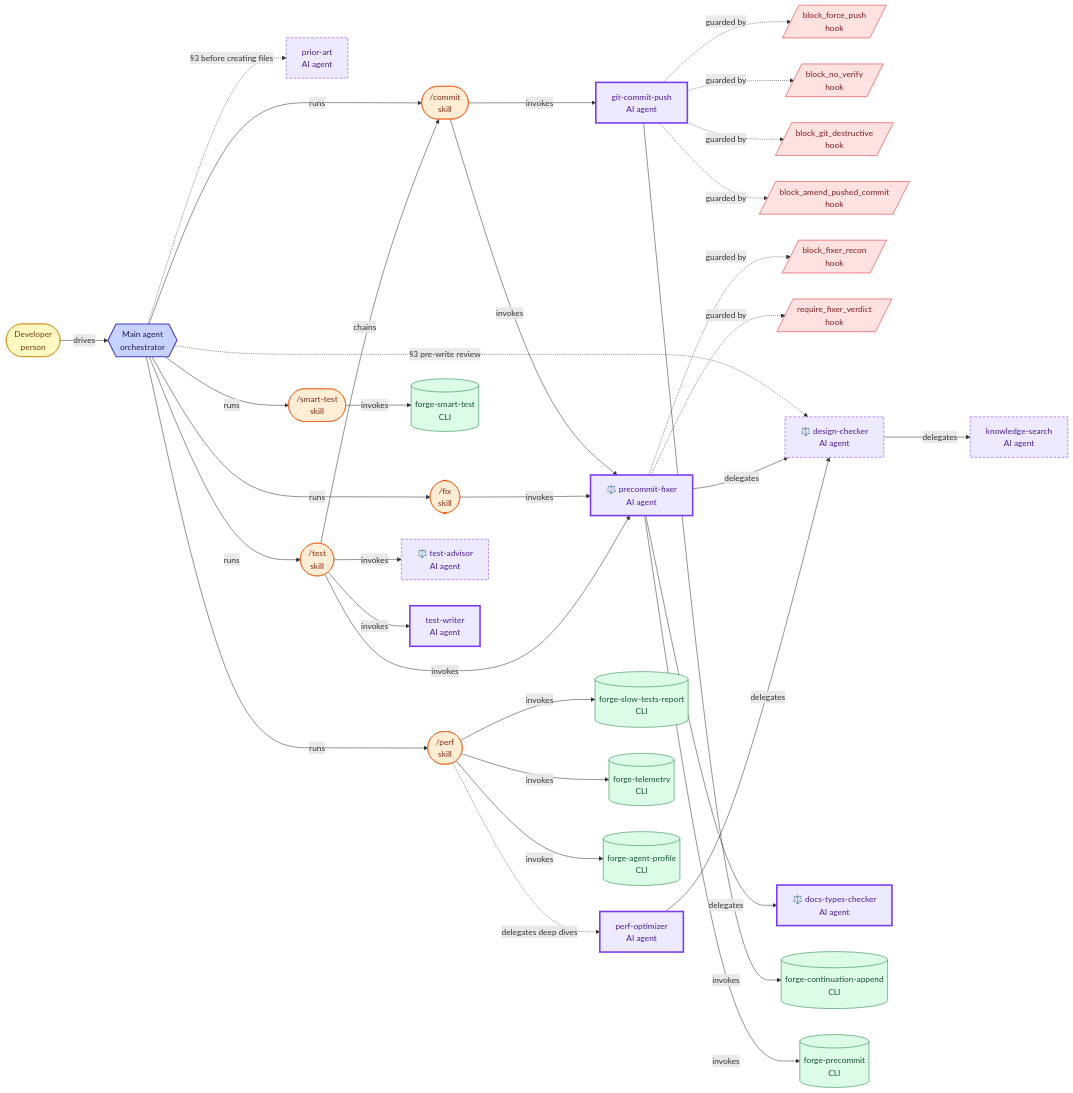
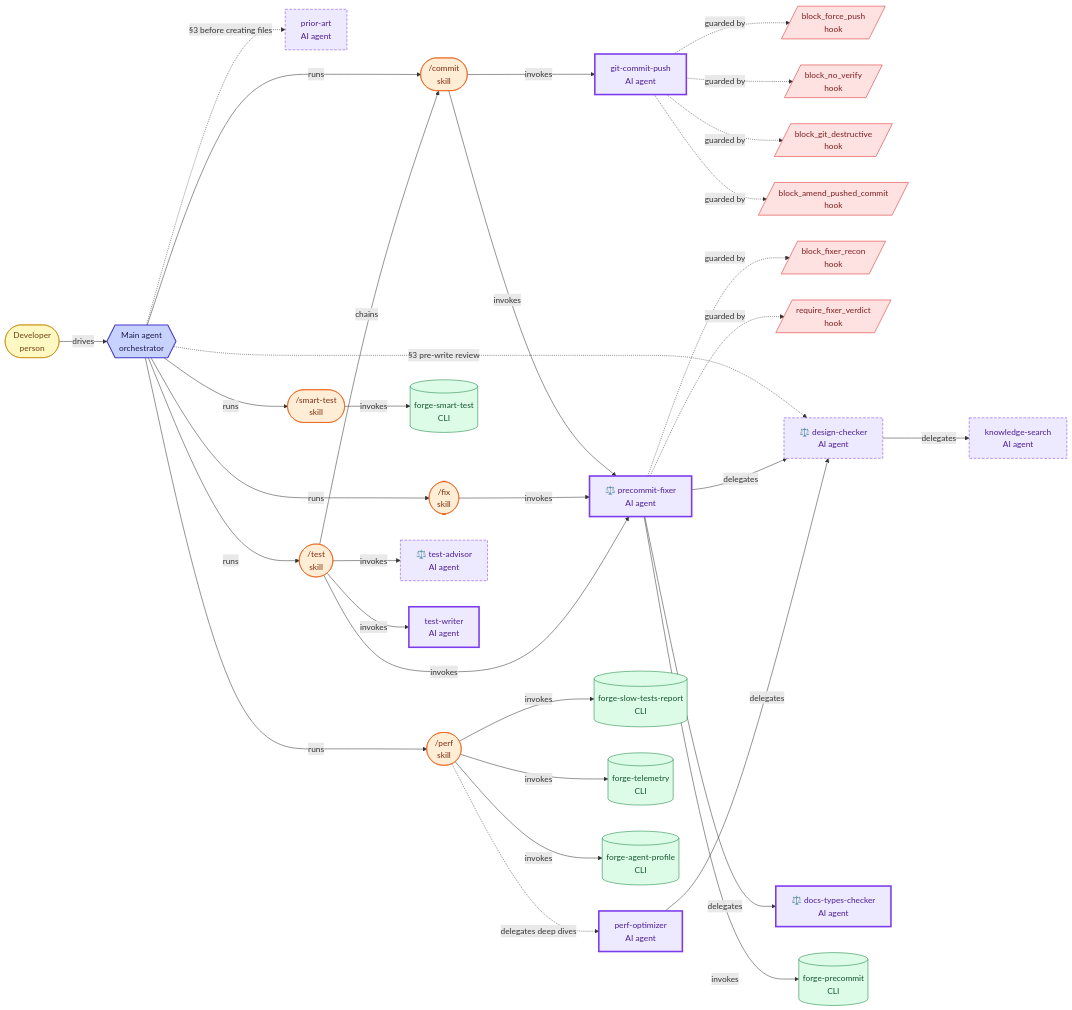
The second of 7 diagrams in docs/agent-architecture.md (misnaej/forge), drawn with Mermaid before and after one commit. The commit also changed other lines of this file and 39 other files, not shown here.

```diff
--- a/docs/agent-architecture.md
+++ b/docs/agent-architecture.md
@@ -115,7 +115,6 @@
   design_checker["⚖️ design-checker<br/>AI agent"]
   docs_types_checker["⚖️ docs-types-checker<br/>AI agent"]
   sk_fix(["/fix<br/>skill"])
-  cli_forge_continuation_append[("forge-continuation-append<br/>CLI")]
   cli_forge_precommit[("forge-precommit<br/>CLI")]
   cli_forge_smart_test[("forge-smart-test<br/>CLI")]
   git_commit_push["git-commit-push<br/>AI agent"]
@@ -154,7 +153,6 @@
   sk_test -->|invokes| precommit_fixer
   sk_test -->|chains| sk_commit
   precommit_fixer -->|invokes| cli_forge_precommit
-  git_commit_push -->|invokes| cli_forge_continuation_append
   sk_smart_test -->|invokes| cli_forge_smart_test
   git_commit_push -.->|guarded by| hk_block_no_verify
   git_commit_push -.->|guarded by| hk_block_force_push
@@ -176,7 +174,6 @@
   class docs_types_checker agent
   class docs_types_checker mutator
   class sk_fix skill
-  class cli_forge_continuation_append cli
   class cli_forge_precommit cli
   class cli_forge_smart_test cli
   class git_commit_push agent
```
